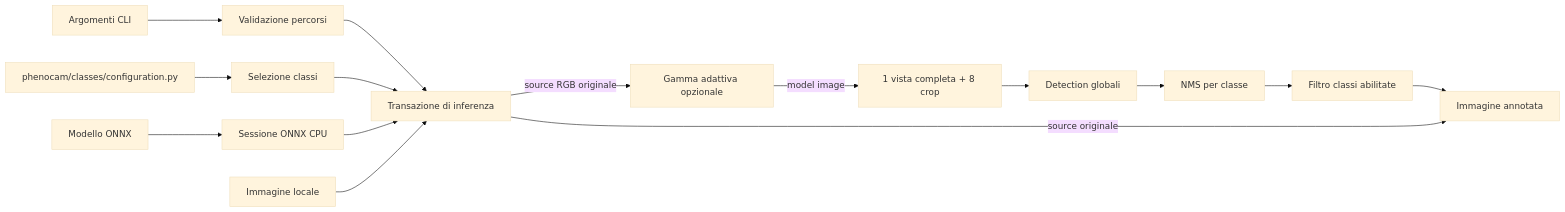
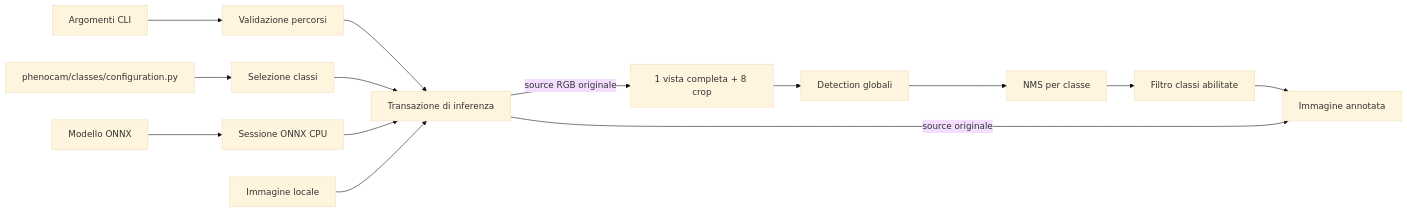
The first of 2 diagrams in docs/architettura.md (e-tufarini-terrasystem/phenocam-vision-edge), drawn with Mermaid (base theme) before and after one commit. The commit also changed other lines of this file and 1 other file, not shown here.

Commit message:
docs: align inference architecture with source flow

````diff
--- a/docs/architettura.md
+++ b/docs/architettura.md
@@ -16,17 +16,16 @@
 ```mermaid
 flowchart LR
     CLI[Argomenti CLI] --> Validazione[Validazione percorsi]
     Config[phenocam/classes/configuration.py] --> Selezione[Selezione classi]
     Modello[Modello ONNX] --> Sessione[Sessione ONNX CPU]
     Validazione --> Coordinamento[Transazione di inferenza]
     Selezione --> Coordinamento
     Sessione --> Coordinamento
     Immagine[Immagine locale] --> Coordinamento
-    Coordinamento -->|source RGB originale| Gamma[Gamma adattiva opzionale]
-    Gamma -->|model image| Viste[1 vista completa + 8 crop]
+    Coordinamento -->|source RGB originale| Viste[1 vista completa + 8 crop]
     Viste --> Detection[Detection globali]
     Detection --> NMS[NMS per classe]
     NMS --> Filtro[Filtro classi abilitate]
     Filtro --> Output[Immagine annotata]
     Coordinamento -->|source originale| Output
 ```
````
